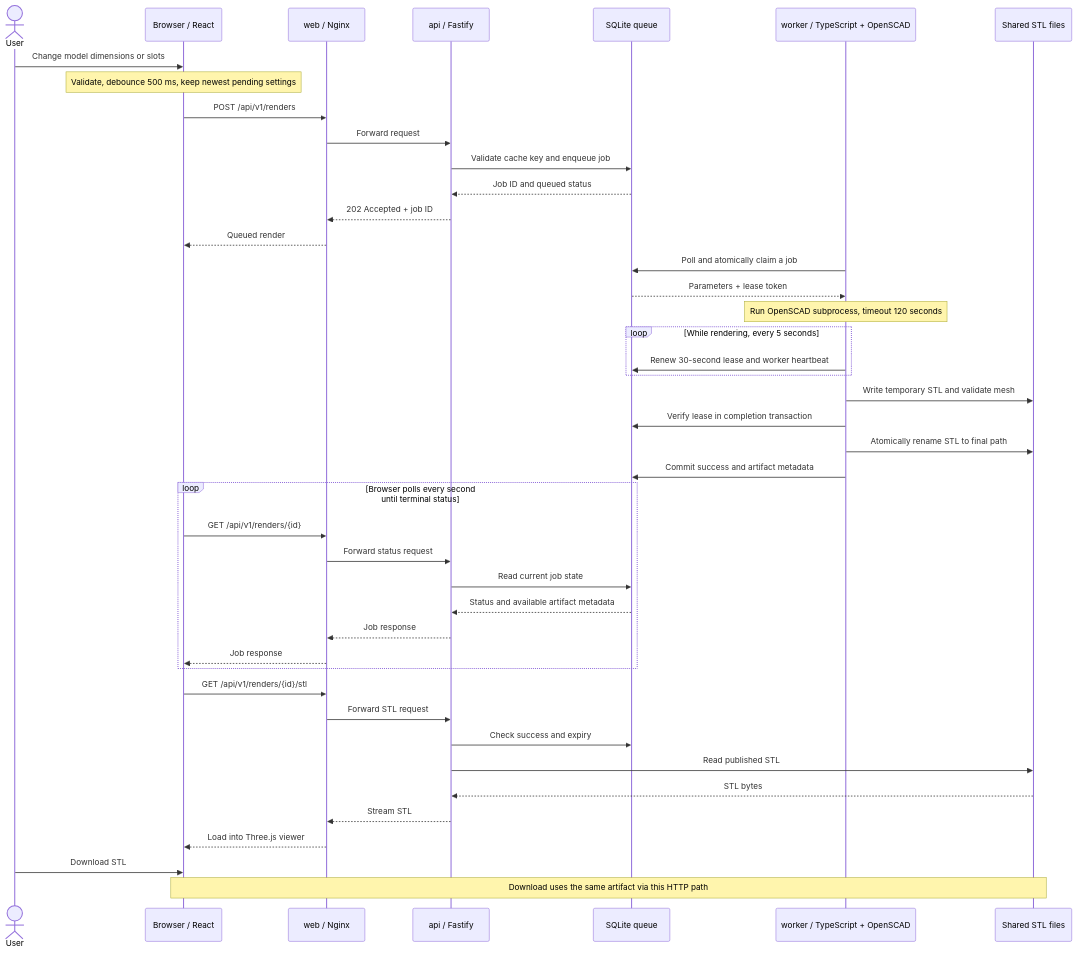
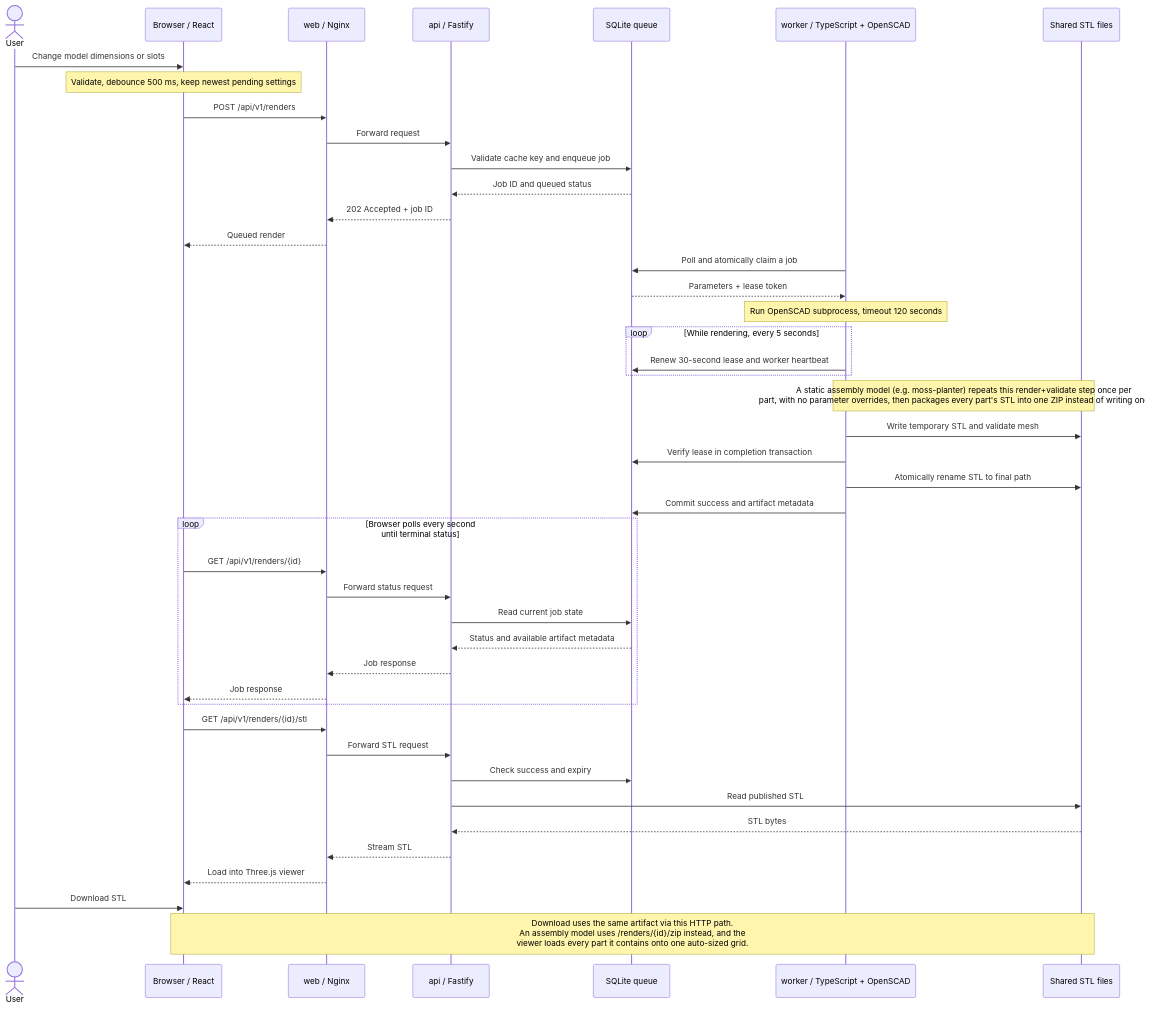
The second of 4 diagrams in docs/container-architecture.md (NNTin/CanFactory), drawn with Mermaid before and after one commit. The commit also changed 25 other files, not shown here.

````diff
--- a/docs/container-architecture.md
+++ b/docs/container-architecture.md
@@ -72,49 +72,50 @@
 ```mermaid
 sequenceDiagram
     actor User
     participant Browser as Browser / React
     participant Web as web / Nginx
     participant API as api / Fastify
     participant DB as SQLite queue
     participant Worker as worker / TypeScript + OpenSCAD
     participant Files as Shared STL files
 
     User->>Browser: Change model dimensions or slots
     Note over Browser: Validate, debounce 500 ms, keep newest pending settings
     Browser->>Web: POST /api/v1/renders
     Web->>API: Forward request
     API->>DB: Validate cache key and enqueue job
     DB-->>API: Job ID and queued status
     API-->>Web: 202 Accepted + job ID
     Web-->>Browser: Queued render
 
     Worker->>DB: Poll and atomically claim a job
     DB-->>Worker: Parameters + lease token
     Note over Worker: Run OpenSCAD subprocess, timeout 120 seconds
     loop While rendering, every 5 seconds
         Worker->>DB: Renew 30-second lease and worker heartbeat
     end
+    Note over Worker,Files: A static assembly model (e.g. moss-planter) repeats this render+validate step once per<br/>part, with no parameter overrides, then packages every part's STL into one ZIP instead of writing one STL.
     Worker->>Files: Write temporary STL and validate mesh
     Worker->>DB: Verify lease in completion transaction
     Worker->>Files: Atomically rename STL to final path
     Worker->>DB: Commit success and artifact metadata
 
     loop Browser polls every second until terminal status
         Browser->>Web: GET /api/v1/renders/{id}
         Web->>API: Forward status request
         API->>DB: Read current job state
         DB-->>API: Status and available artifact metadata
         API-->>Web: Job response
         Web-->>Browser: Job response
     end
 
     Browser->>Web: GET /api/v1/renders/{id}/stl
     Web->>API: Forward STL request
     API->>DB: Check success and expiry
     API->>Files: Read published STL
     Files-->>API: STL bytes
     API-->>Web: Stream STL
     Web-->>Browser: Load into Three.js viewer
     User->>Browser: Download STL
-    Note over Browser,Files: Download uses the same artifact via this HTTP path
+    Note over Browser,Files: Download uses the same artifact via this HTTP path.<br/>An assembly model uses /renders/{id}/zip instead, and the<br/>viewer loads every part it contains onto one auto-sized grid.
 ```
````
